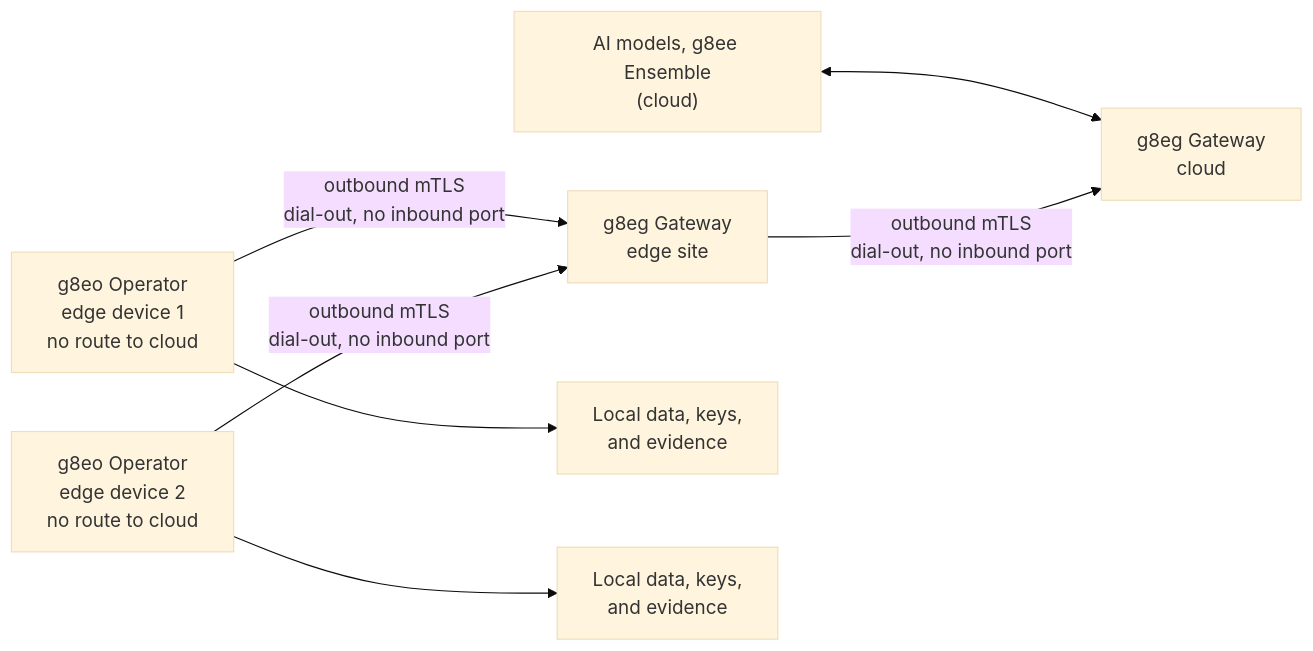
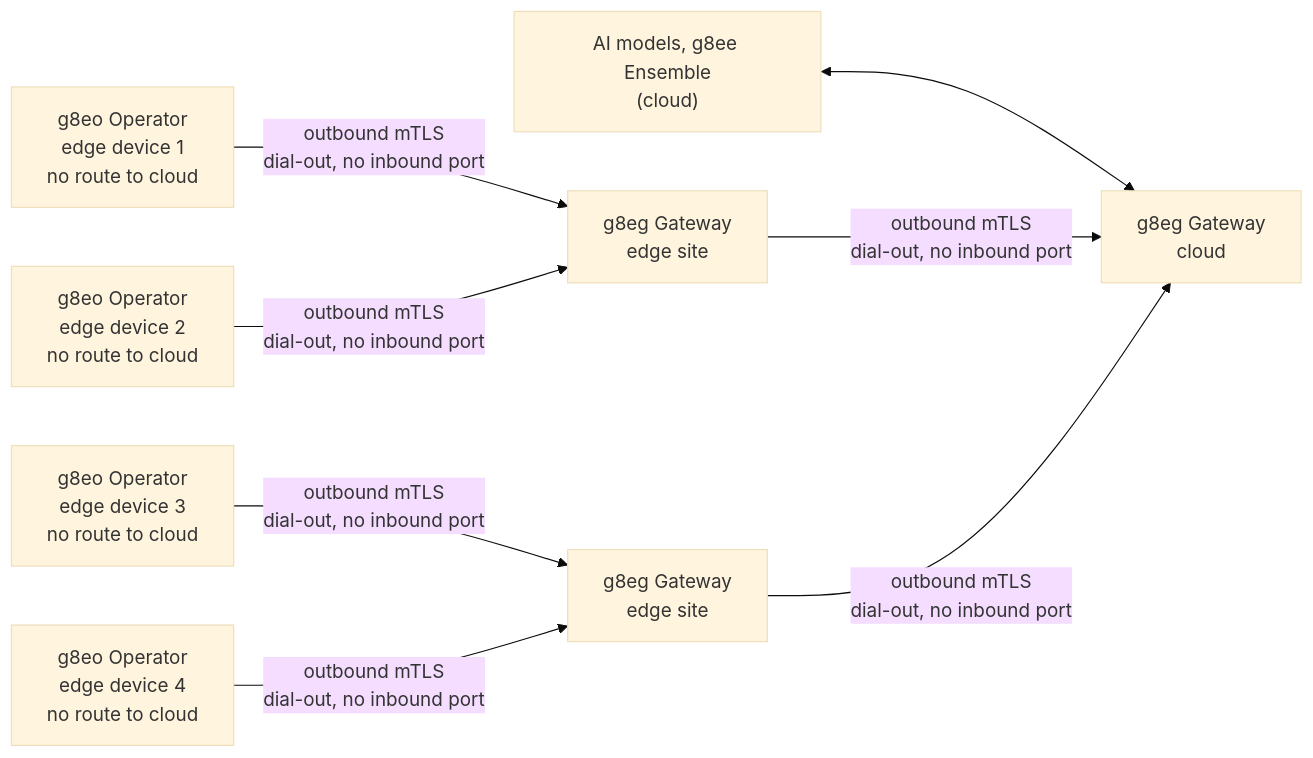
One commit to g8e-ai/g8e changed the second of 2 diagrams in README.md. Above: the diagram before and after it, drawn with Mermaid (base theme). The commit also changed 4 other files, not shown here.

````diff
--- a/README.md
+++ b/README.md
@@ -74,9 +74,10 @@
 ```mermaid
 flowchart LR
     Cloud["AI models, g8ee Ensemble\n(cloud)"] <--> CloudGW["g8eg Gateway\ncloud"]
     EdgeGW["g8eg Gateway\nedge site"] -- "outbound mTLS\ndial-out, no inbound port" --> CloudGW
     EdgeDev1["g8eo Operator\nedge device 1\nno route to cloud"] -- "outbound mTLS\ndial-out, no inbound port" --> EdgeGW
     EdgeDev2["g8eo Operator\nedge device 2\nno route to cloud"] -- "outbound mTLS\ndial-out, no inbound port" --> EdgeGW
-    EdgeDev1 --> Data1["Local data, keys,\nand evidence"]
-    EdgeDev2 --> Data2["Local data, keys,\nand evidence"]
+    EdgeGW2["g8eg Gateway\nedge site"] -- "outbound mTLS\ndial-out, no inbound port" --> CloudGW
+    EdgeDev3["g8eo Operator\nedge device 3\nno route to cloud"] -- "outbound mTLS\ndial-out, no inbound port" --> EdgeGW2
+    EdgeDev4["g8eo Operator\nedge device 4\nno route to cloud"] -- "outbound mTLS\ndial-out, no inbound port" --> EdgeGW2
 ```
````
